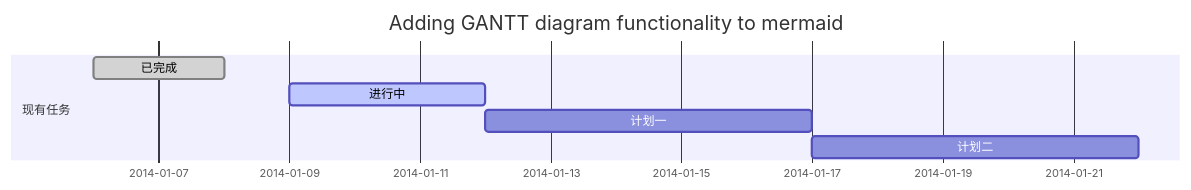
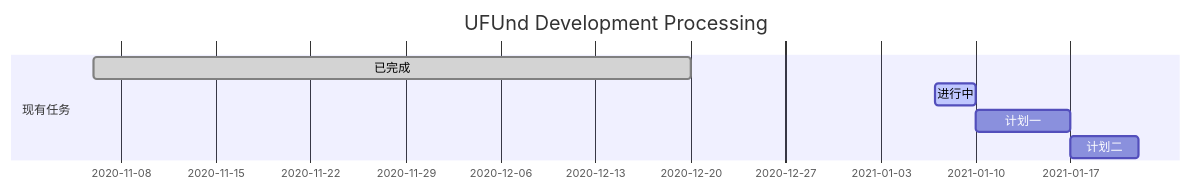
The diagram in README.md (UFund-Me/UFund), drawn with Mermaid before and after one commit. The commit also changed other lines of this file, not shown here.

````diff
--- a/README.md
+++ b/README.md
@@ -182,10 +182,10 @@
 ```mermaid
 gantt
         dateFormat  YYYY-MM-DD
-        title Adding GANTT diagram functionality to mermaid
+        title UFUnd Development Processing
         section 现有任务
-        已完成               :done,    des1, 2014-01-06,2014-01-08
-        进行中               :active,  des2, 2014-01-09, 3d
-        计划一               :         des3, after des2, 5d
+        已完成               :done,    des1, 2020-11-06,2020-12-20
+        进行中               :active,  des2, 2021-01-07, 3d
+        计划一               :         des3, after des2, 7d
         计划二               :         des4, after des3, 5d
 ```
````
